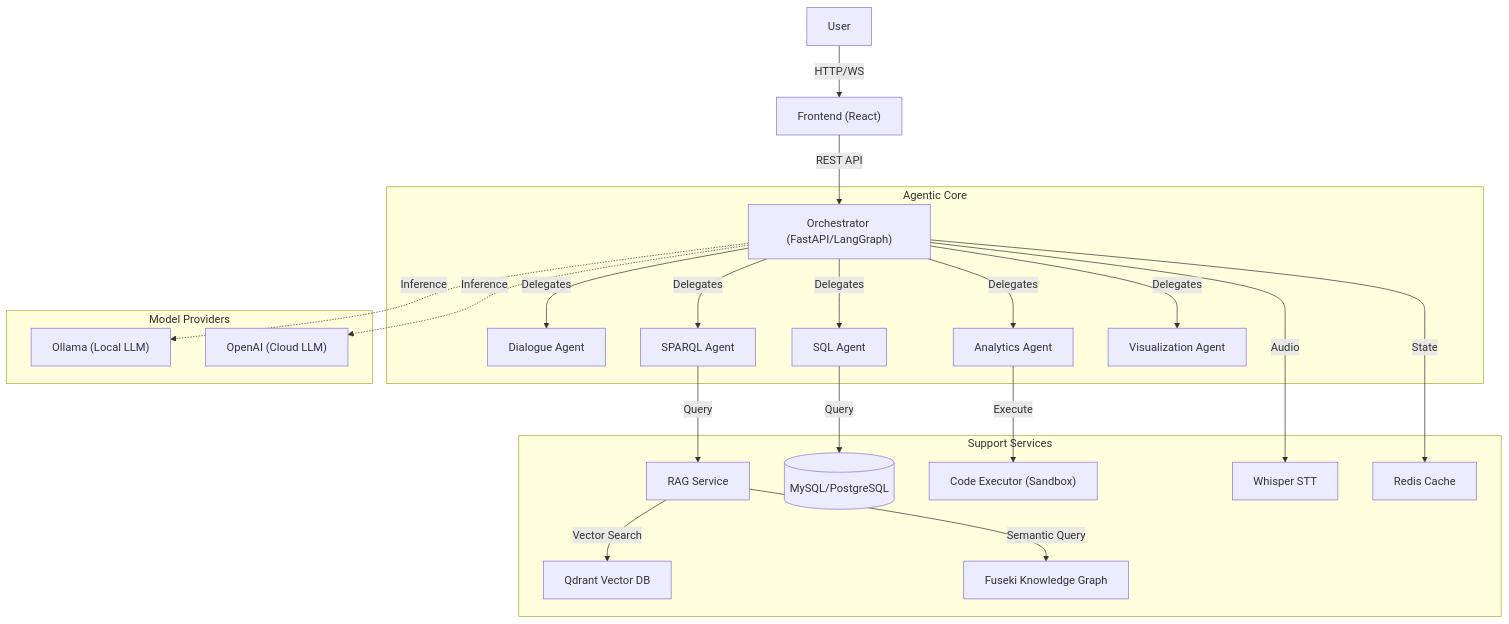
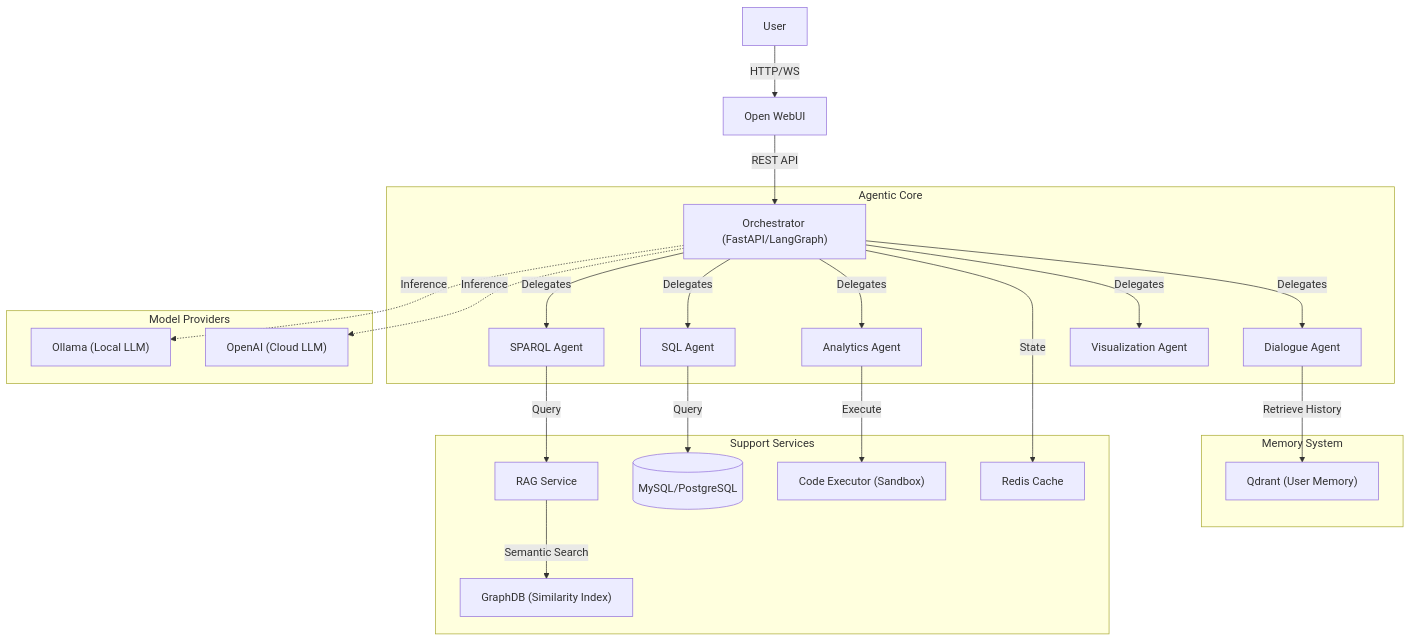
Before and after one commit to suhasdevmane/OntoSage: the diagram in docs/ARCHITECTURE.md, drawn with Mermaid. The commit also changed other lines of this file and 40 other files, not shown here.

````diff
--- a/docs/ARCHITECTURE.md
+++ b/docs/ARCHITECTURE.md
@@ -9,32 +9,33 @@
 ```mermaid
 graph TD
-    User[User] -->|HTTP/WS| Frontend["Frontend (React)"]
+    User[User] -->|HTTP/WS| Frontend["Open WebUI"]
     Frontend -->|REST API| Orchestrator["Orchestrator (FastAPI/LangGraph)"]
     
     subgraph "Agentic Core"
         Orchestrator -->|Delegates| DialogueAgent["Dialogue Agent"]
         Orchestrator -->|Delegates| SPARQLAgent["SPARQL Agent"]
         Orchestrator -->|Delegates| SQLAgent["SQL Agent"]
         Orchestrator -->|Delegates| AnalyticsAgent["Analytics Agent"]
         Orchestrator -->|Delegates| VisAgent["Visualization Agent"]
     end
     
+    subgraph "Memory System"
+        DialogueAgent -->|Retrieve History| Qdrant["Qdrant (User Memory)"]
+    end
+
     subgraph "Support Services"
         SPARQLAgent -->|Query| RAGService["RAG Service"]
-        RAGService -->|Vector Search| Qdrant["Qdrant Vector DB"]
-        RAGService -->|Semantic Query| Fuseki["Fuseki Knowledge Graph"]
+        RAGService -->|Semantic Search| GraphDB["GraphDB (Similarity Index)"]
         
         SQLAgent -->|Query| SQLDB[("MySQL/PostgreSQL")]
         
         AnalyticsAgent -->|Execute| CodeExecutor["Code Executor (Sandbox)"]
-        
-        Orchestrator -->|Audio| WhisperSTT["Whisper STT"]
         
         Orchestrator -->|State| Redis["Redis Cache"]
     end
     
     subgraph "Model Providers"
         Orchestrator -.->|Inference| Ollama["Ollama (Local LLM)"]
         Orchestrator -.->|Inference| OpenAI["OpenAI (Cloud LLM)"]
     end
 ```
````
